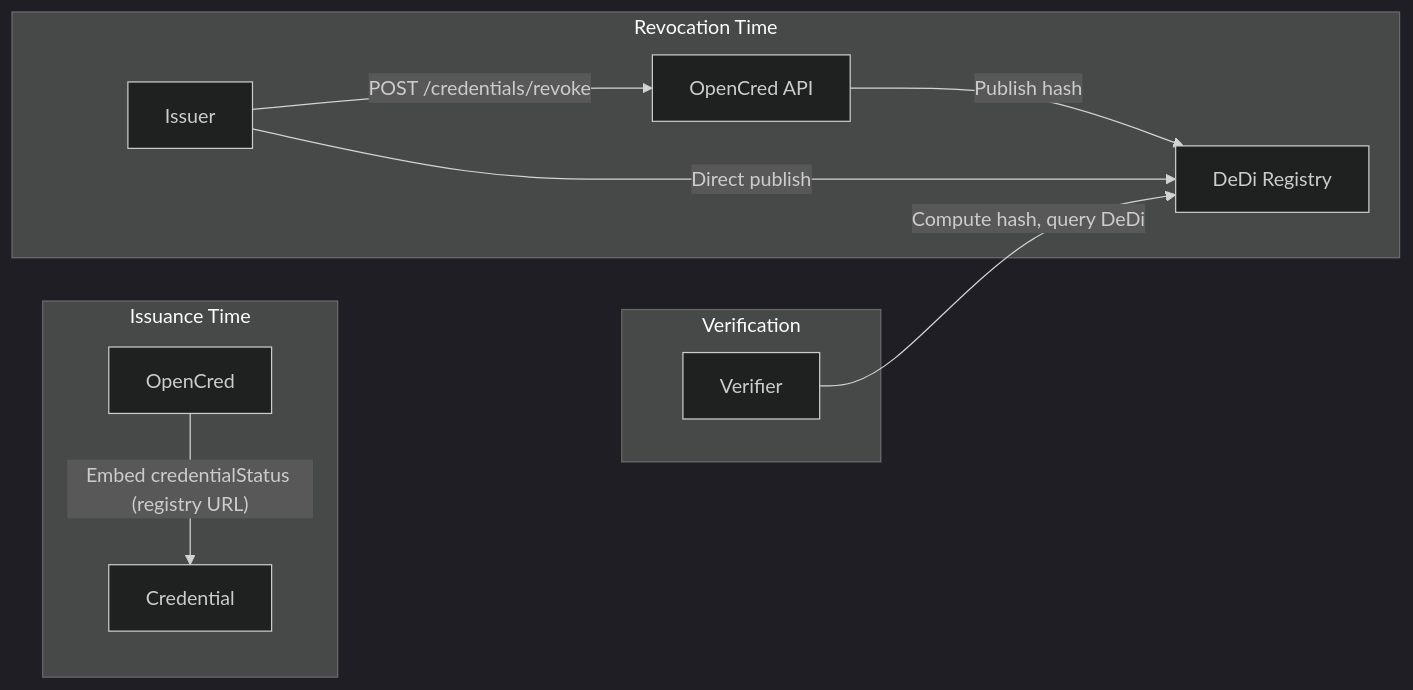
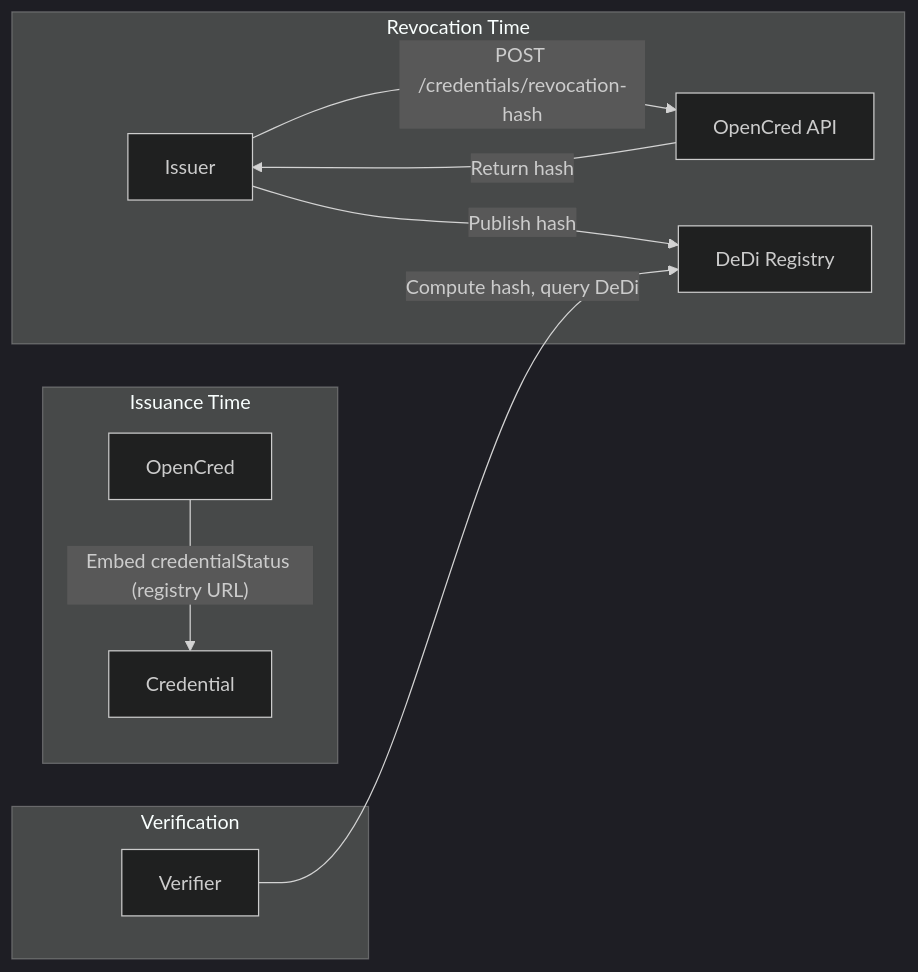
Before and after one commit to nfh-trust-labs/opencred: the fifth of 7 diagrams in OpenCred_PRD.md, drawn with Mermaid (dark theme). The commit also changed other lines of this file and 21 other files, not shown here.

First line of the commit message:
refactor: revocation model redesign — hash computation only

````diff
--- a/OpenCred_PRD.md
+++ b/OpenCred_PRD.md
@@ -630,14 +630,14 @@
 ```mermaid
 flowchart LR
     subgraph issuance [Issuance Time]
         A[OpenCred] -->|"Embed credentialStatus (registry URL)"| B[Credential]
     end
     subgraph revocation [Revocation Time]
-        C[Issuer] -->|"POST /credentials/revoke"| D[OpenCred API]
-        D -->|"Publish hash"| E[DeDi Registry]
-        C -->|"Direct publish"| E
+        C[Issuer] -->|"POST /credentials/revocation-hash"| D[OpenCred API]
+        D -->|"Return hash"| C
+        C -->|"Publish hash"| E[DeDi Registry]
     end
     subgraph verification [Verification]
         F[Verifier] -->|"Compute hash, query DeDi"| E
     end
 ```
````
